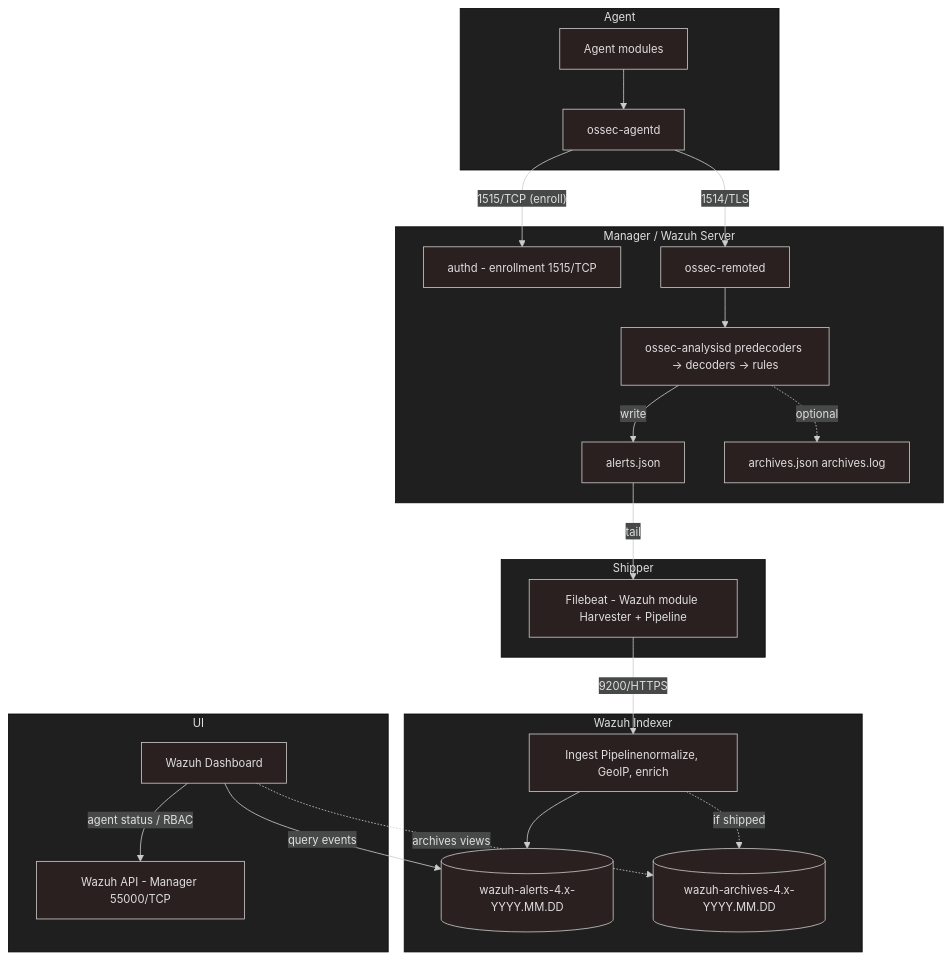
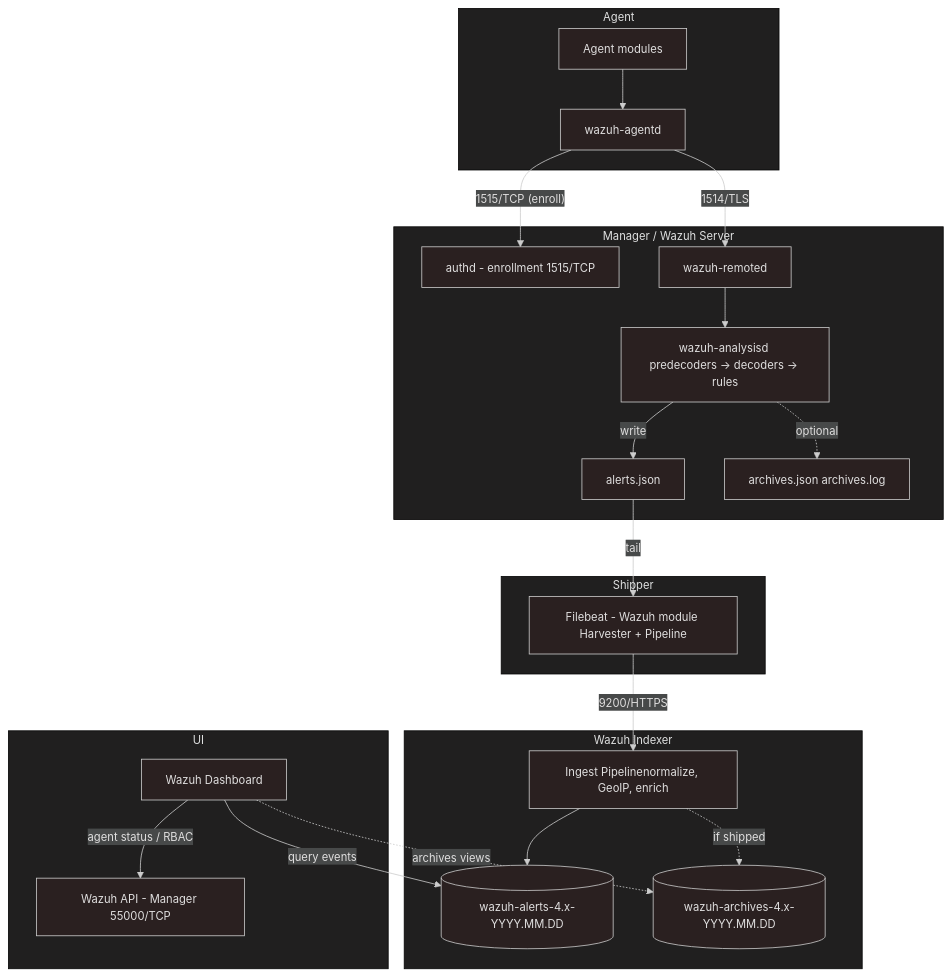
The first of 2 diagrams in README.md (matigarciadev/wazuh-docker), drawn with Mermaid before and after one commit. The commit also changed other lines of this file, not shown here.

````diff
--- a/README.md
+++ b/README.md
@@ -1314,44 +1314,44 @@
 ```mermaid
 ---
 config:
   layout: dagre
   theme: neo-dark
 ---
 flowchart TD
     subgraph A["Agent"]
         A1["Agent modules"]
-        A2["ossec-agentd"]
+        A2["wazuh-agentd"]
     end
     subgraph M["Manager / Wazuh Server"]
         M0["authd - enrollment 1515/TCP"]
-        M1["ossec-remoted"]
-        M2["ossec-analysisd predecoders → decoders → rules"]
+        M1["wazuh-remoted"]
+        M2["wazuh-analysisd predecoders → decoders → rules"]
         M3["alerts.json"]
         M4["archives.json archives.log"]
     end
     subgraph F["Shipper"]
         F1["Filebeat - Wazuh module Harvester + Pipeline"]
     end
     subgraph I["Wazuh Indexer"]
         I1["Ingest Pipelinenormalize, GeoIP, enrich"]
         I2[("wazuh-alerts-4.x-YYYY.MM.DD")]
         I3[("wazuh-archives-4.x-YYYY.MM.DD")]
     end
     subgraph D["UI"]
         D1["Wazuh Dashboard"]
         D2["Wazuh API - Manager 55000/TCP"]
     end
     A1 --> A2
     A2 -- 1514/TLS --> M1
     A2 -- 1515/TCP (enroll) --> M0
     M1 --> M2
     M2 -- write --> M3
     M2 -. optional .-> M4
     M3 -- tail --> F1
     F1 -- 9200/HTTPS --> I1
     I1 --> I2
     I1 -. if shipped .-> I3
     D1 -- query events --> I2
     D1 -. archives views .-> I3
     D1 -- agent status / RBAC --> D2
 ```
````
